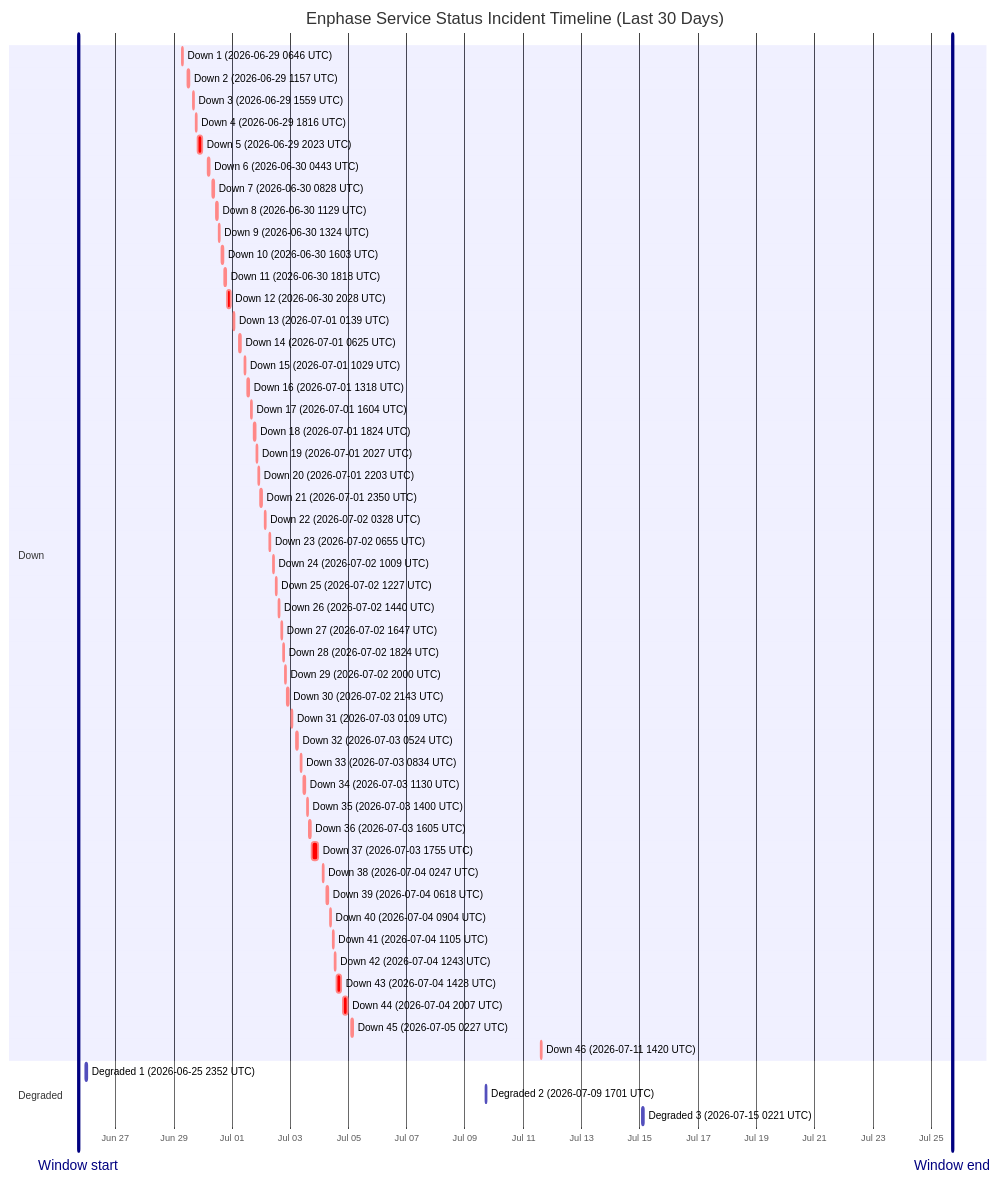
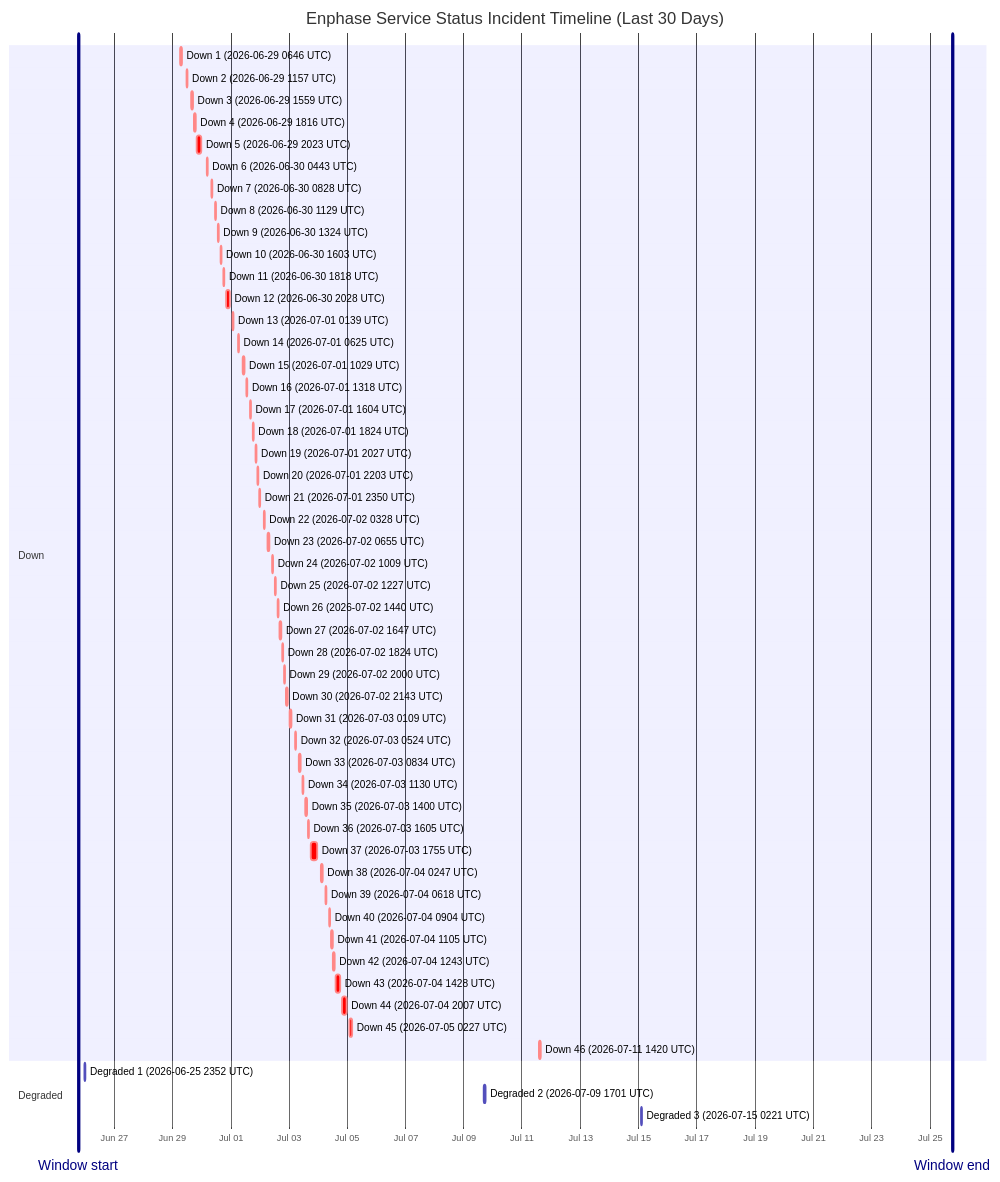
Before and after one commit to barneyonline/ha-enphase-energy: the diagram in wiki/Service-Status-History.md, drawn with Mermaid. The commit also changed other lines of this file and 3 other files, not shown here.

````diff
--- a/wiki/Service-Status-History.md
+++ b/wiki/Service-Status-History.md
@@ -14,59 +14,59 @@
 ```mermaid
 gantt
     title Enphase Service Status Incident Timeline (Last 30 Days)
     dateFormat  YYYY-MM-DDTHH:mm:ss
     axisFormat  %b %d
-    Window start :vert, window-start, 2026-06-25T17:29:36, 0ms
-    Window end :vert, window-end, 2026-07-25T17:29:36, 0ms
+    Window start :vert, window-start, 2026-06-25T18:30:14, 0ms
+    Window end :vert, window-end, 2026-07-25T18:30:14, 0ms
     section Down
     Down 1 (2026-06-29 0646 UTC) :crit, down-1, 2026-06-29T06:46:18, 60m
     Down 2 (2026-06-29 1157 UTC) :crit, down-2, 2026-06-29T11:57:36, 60m
     Down 3 (2026-06-29 1559 UTC) :crit, down-3, 2026-06-29T15:59:02, 60m
     Down 4 (2026-06-29 1816 UTC) :crit, down-4, 2026-06-29T18:16:38, 60m
     Down 5 (2026-06-29 2023 UTC) :crit, down-5, 2026-06-29T20:23:16, 220m
     Down 6 (2026-06-30 0443 UTC) :crit, down-6, 2026-06-30T04:43:54, 60m
     Down 7 (2026-06-30 0828 UTC) :crit, down-7, 2026-06-30T08:28:43, 60m
     Down 8 (2026-06-30 1129 UTC) :crit, down-8, 2026-06-30T11:29:15, 60m
     Down 9 (2026-06-30 1324 UTC) :crit, down-9, 2026-06-30T13:24:25, 60m
     Down 10 (2026-06-30 1603 UTC) :crit, down-10, 2026-06-30T16:03:26, 60m
     Down 11 (2026-06-30 1818 UTC) :crit, down-11, 2026-06-30T18:18:39, 60m
     Down 12 (2026-06-30 2028 UTC) :crit, down-12, 2026-06-30T20:28:54, 171m
     Down 13 (2026-07-01 0139 UTC) :crit, down-13, 2026-07-01T01:39:18, 60m
     Down 14 (2026-07-01 0625 UTC) :crit, down-14, 2026-07-01T06:25:35, 60m
     Down 15 (2026-07-01 1029 UTC) :crit, down-15, 2026-07-01T10:29:24, 60m
     Down 16 (2026-07-01 1318 UTC) :crit, down-16, 2026-07-01T13:18:31, 60m
     Down 17 (2026-07-01 1604 UTC) :crit, down-17, 2026-07-01T16:04:29, 60m
     Down 18 (2026-07-01 1824 UTC) :crit, down-18, 2026-07-01T18:24:21, 60m
     Down 19 (2026-07-01 2027 UTC) :crit, down-19, 2026-07-01T20:27:17, 60m
     Down 20 (2026-07-01 2203 UTC) :crit, down-20, 2026-07-01T22:03:46, 60m
     Down 21 (2026-07-01 2350 UTC) :crit, down-21, 2026-07-01T23:50:52, 60m
     Down 22 (2026-07-02 0328 UTC) :crit, down-22, 2026-07-02T03:28:33, 60m
     Down 23 (2026-07-02 0655 UTC) :crit, down-23, 2026-07-02T06:55:07, 60m
     Down 24 (2026-07-02 1009 UTC) :crit, down-24, 2026-07-02T10:09:15, 60m
     Down 25 (2026-07-02 1227 UTC) :crit, down-25, 2026-07-02T12:27:49, 60m
     Down 26 (2026-07-02 1440 UTC) :crit, down-26, 2026-07-02T14:40:53, 60m
     Down 27 (2026-07-02 1647 UTC) :crit, down-27, 2026-07-02T16:47:47, 60m
     Down 28 (2026-07-02 1824 UTC) :crit, down-28, 2026-07-02T18:24:26, 60m
     Down 29 (2026-07-02 2000 UTC) :crit, down-29, 2026-07-02T20:00:57, 60m
     Down 30 (2026-07-02 2143 UTC) :crit, down-30, 2026-07-02T21:43:52, 80m
     Down 31 (2026-07-03 0109 UTC) :crit, down-31, 2026-07-03T01:09:19, 60m
     Down 32 (2026-07-03 0524 UTC) :crit, down-32, 2026-07-03T05:24:23, 60m
     Down 33 (2026-07-03 0834 UTC) :crit, down-33, 2026-07-03T08:34:05, 60m
     Down 34 (2026-07-03 1130 UTC) :crit, down-34, 2026-07-03T11:30:41, 60m
     Down 35 (2026-07-03 1400 UTC) :crit, down-35, 2026-07-03T14:00:48, 60m
     Down 36 (2026-07-03 1605 UTC) :crit, down-36, 2026-07-03T16:05:49, 60m
     Down 37 (2026-07-03 1755 UTC) :crit, down-37, 2026-07-03T17:55:54, 338m
     Down 38 (2026-07-04 0247 UTC) :crit, down-38, 2026-07-04T02:47:22, 60m
     Down 39 (2026-07-04 0618 UTC) :crit, down-39, 2026-07-04T06:18:09, 60m
     Down 40 (2026-07-04 0904 UTC) :crit, down-40, 2026-07-04T09:04:41, 60m
     Down 41 (2026-07-04 1105 UTC) :crit, down-41, 2026-07-04T11:05:21, 60m
     Down 42 (2026-07-04 1243 UTC) :crit, down-42, 2026-07-04T12:43:25, 60m
     Down 43 (2026-07-04 1428 UTC) :crit, down-43, 2026-07-04T14:28:07, 243m
     Down 44 (2026-07-04 2007 UTC) :crit, down-44, 2026-07-04T20:07:50, 206m
     Down 45 (2026-07-05 0227 UTC) :crit, down-45, 2026-07-05T02:27:32, 109m
     Down 46 (2026-07-11 1420 UTC) :crit, down-46, 2026-07-11T14:20:54, 69m
     section Degraded
     Degraded 1 (2026-06-25 2352 UTC) :active, degraded-1, 2026-06-25T23:52:01, 60m
     Degraded 2 (2026-07-09 1701 UTC) :active, degraded-2, 2026-07-09T17:01:02, 60m
     Degraded 3 (2026-07-15 0221 UTC) :active, degraded-3, 2026-07-15T02:21:35, 60m
 ```
````
